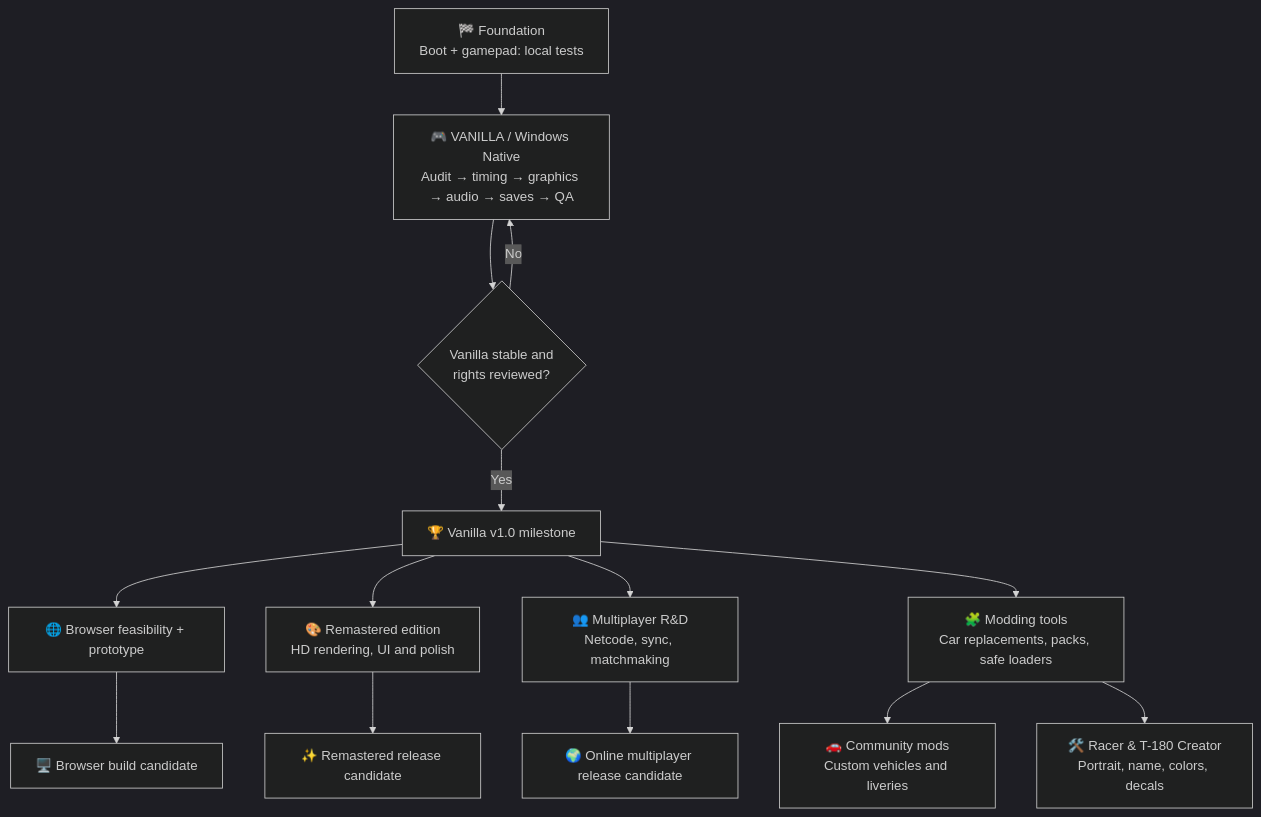
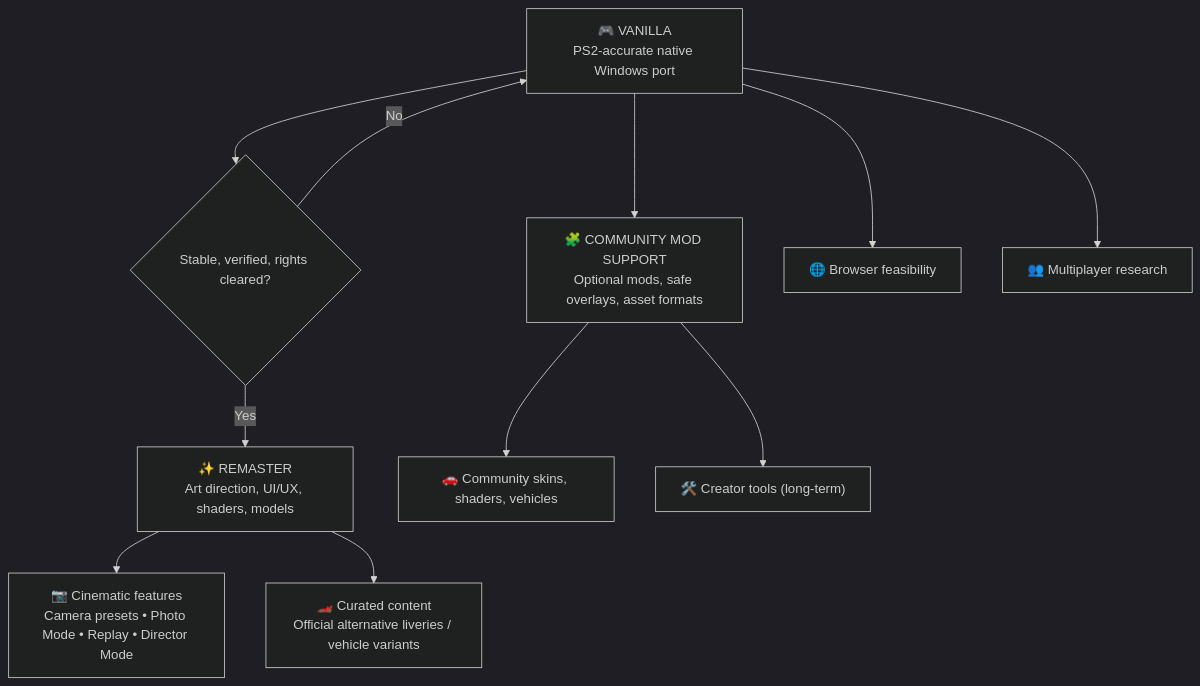
The diagram in ROADMAP.md (killeiro/Speed-Racer-Native-Port), drawn with Mermaid (dark theme) before and after one commit. The commit also changed other lines of this file, not shown here.

Commit message:
docs: consolidate remaster UI/UX and cinematic feature roadmap

````diff
--- a/ROADMAP.md
+++ b/ROADMAP.md
@@ -9,16 +9,13 @@
 ```mermaid
 flowchart TD
-  A["🏁 Foundation<br/>Boot + gamepad: local tests"] --> B["🎮 VANILLA / Windows Native<br/>Audit → timing → graphics → audio → saves → QA"]
-  B --> C{"Vanilla stable and<br/>rights reviewed?"}
-  C -->|No| B
-  C -->|Yes| D["🏆 Vanilla v1.0 milestone"]
-  D --> E["🌐 Browser feasibility + prototype"]
-  D --> F["🎨 Remastered edition<br/>HD rendering, UI and polish"]
-  D --> G["👥 Multiplayer R&D<br/>Netcode, sync, matchmaking"]
-  D --> M["🧩 Modding tools<br/>Car replacements, packs, safe loaders"]
-  M --> N["🚗 Community mods<br/>Custom vehicles and liveries"]
-  M --> O["🛠️ Racer & T-180 Creator<br/>Portrait, name, colors, decals"]
-  F --> H["✨ Remastered release candidate"]
-  G --> I["🌍 Online multiplayer release candidate"]
-  E --> J["🖥️ Browser build candidate"]
+  V["🎮 VANILLA<br/>PS2-accurate native Windows port"] --> G{"Stable, verified, rights cleared?"}
+  G -->|No| V
+  G -->|Yes| R["✨ REMASTER<br/>Art direction, UI/UX, shaders, models"]
+  R --> C["📷 Cinematic features<br/>Camera presets • Photo Mode • Replay • Director Mode"]
+  R --> S["🏎️ Curated content<br/>Official alternative liveries / vehicle variants"]
+  V --> M["🧩 COMMUNITY MOD SUPPORT<br/>Optional mods, safe overlays, asset formats"]
+  M --> U["🚗 Community skins, shaders, vehicles"]
+  M --> T["🛠️ Creator tools (long-term)"]
+  V --> W["🌐 Browser feasibility"]
+  V --> N["👥 Multiplayer research"]
 ```
````
